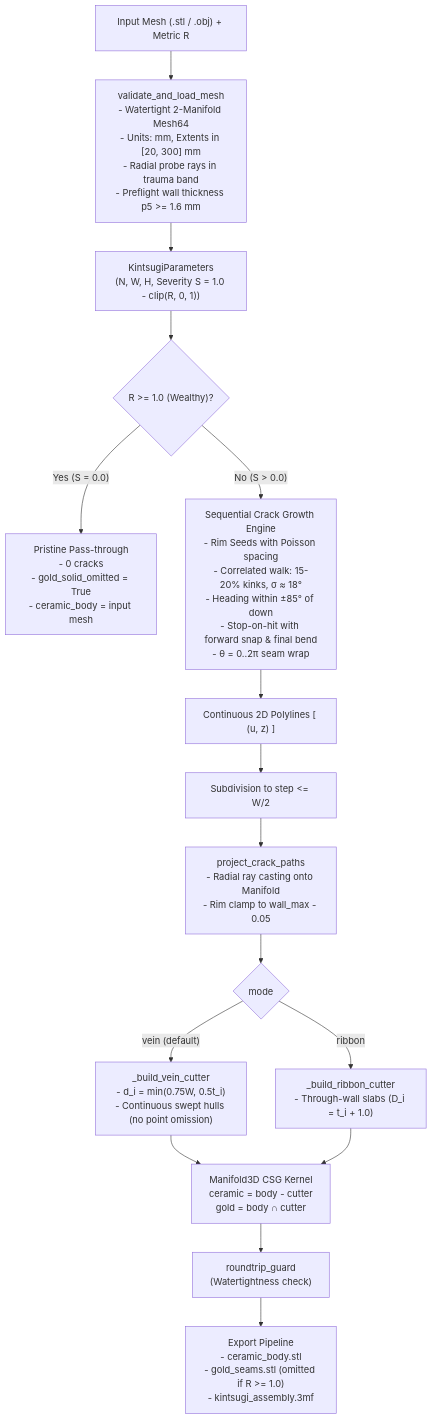
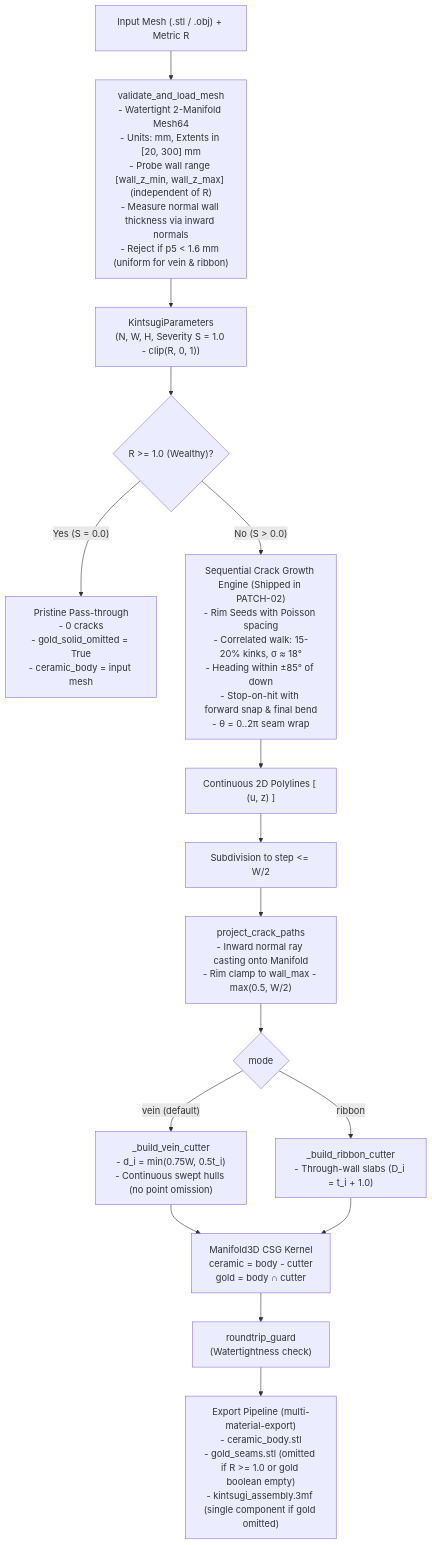
Before and after one commit to slowbutfast/kintsugi-fracture: the diagram in openspec/changes/ceramic-vessel-wall-envelope/architecture.md, drawn with Mermaid. The commit also changed other lines of this file and 7 other files, not shown here.

Commit message:
docs(openspec): incorporate agent feedback into ceramic-vessel-wall-envelope artifacts

````diff
--- a/openspec/changes/ceramic-vessel-wall-envelope/architecture.md
+++ b/openspec/changes/ceramic-vessel-wall-envelope/architecture.md
@@ -13,21 +13,21 @@
 ```mermaid
 flowchart TD
-    A["Input Mesh (.stl / .obj) + Metric R"] --> B["validate_and_load_mesh<br/>- Watertight 2-Manifold Mesh64<br/>- Units: mm, Extents in [20, 300] mm<br/>- Radial probe rays in trauma band<br/>- Preflight wall thickness p5 >= 1.6 mm"]
+    A["Input Mesh (.stl / .obj) + Metric R"] --> B["validate_and_load_mesh<br/>- Watertight 2-Manifold Mesh64<br/>- Units: mm, Extents in [20, 300] mm<br/>- Probe wall range [wall_z_min, wall_z_max] (independent of R)<br/>- Measure normal wall thickness via inward normals<br/>- Reject if p5 < 1.6 mm (uniform for vein & ribbon)"]
     B --> C["KintsugiParameters<br/>(N, W, H, Severity S = 1.0 - clip(R, 0, 1))"]
     
     C --> D{"R >= 1.0 (Wealthy)?"}
     D -->|"Yes (S = 0.0)"| E["Pristine Pass-through<br/>- 0 cracks<br/>- gold_solid_omitted = True<br/>- ceramic_body = input mesh"]
-    D -->|"No (S > 0.0)"| F["Sequential Crack Growth Engine<br/>- Rim Seeds with Poisson spacing<br/>- Correlated walk: 15-20% kinks, σ ≈ 18°<br/>- Heading within ±85° of down<br/>- Stop-on-hit with forward snap & final bend<br/>- θ = 0..2π seam wrap"]
+    D -->|"No (S > 0.0)"| F["Sequential Crack Growth Engine (Shipped in PATCH-02)<br/>- Rim Seeds with Poisson spacing<br/>- Correlated walk: 15-20% kinks, σ ≈ 18°<br/>- Heading within ±85° of down<br/>- Stop-on-hit with forward snap & final bend<br/>- θ = 0..2π seam wrap"]
     
     F --> G["Continuous 2D Polylines [ (u, z) ]"]
     G --> H["Subdivision to step <= W/2"]
-    H --> I["project_crack_paths<br/>- Radial ray casting onto Manifold<br/>- Rim clamp to wall_max - 0.05"]
+    H --> I["project_crack_paths<br/>- Inward normal ray casting onto Manifold<br/>- Rim clamp to wall_max - max(0.5, W/2)"]
     
     I --> J{"mode"}
     J -->|"vein (default)"| K["_build_vein_cutter<br/>- d_i = min(0.75W, 0.5t_i)<br/>- Continuous swept hulls (no point omission)"]
     J -->|"ribbon"| L["_build_ribbon_cutter<br/>- Through-wall slabs (D_i = t_i + 1.0)"]
     
     K & L --> M["Manifold3D CSG Kernel<br/>ceramic = body - cutter<br/>gold = body ∩ cutter"]
     M --> N["roundtrip_guard<br/>(Watertightness check)"]
-    N --> O["Export Pipeline<br/>- ceramic_body.stl<br/>- gold_seams.stl (omitted if R >= 1.0)<br/>- kintsugi_assembly.3mf"]
+    N --> O["Export Pipeline (multi-material-export)<br/>- ceramic_body.stl<br/>- gold_seams.stl (omitted if R >= 1.0 or gold boolean empty)<br/>- kintsugi_assembly.3mf (single component if gold omitted)"]
 ```
````
